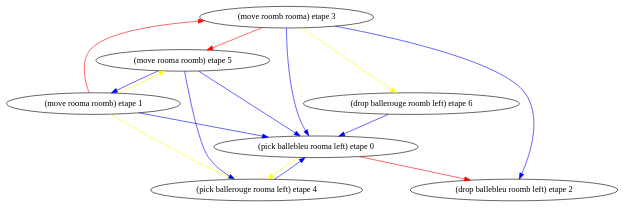
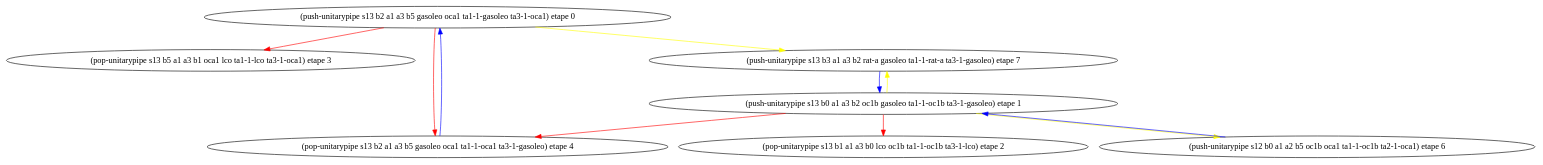
Before and after one commit to plaans/aries: the diagram in graphiquemenace2.dot, drawn with Graphviz. The commit also changed 15 other files, not shown here.

```diff
--- a/graphiquemenace2.dot
+++ b/graphiquemenace2.dot
@@ -1,32 +1,22 @@
 digraph D { 
 edge [color=red];
-"(pick ballebleu rooma left) etape 0" -> "(drop ballebleu roomb left) etape 2";
+"(push-unitarypipe s13 b2 a1 a3 b5 gasoleo oca1 ta1-1-gasoleo ta3-1-oca1) etape 0" -> "(pop-unitarypipe s13 b5 a1 a3 b1 oca1 lco ta1-1-lco ta3-1-oca1) etape 3";
+edge [color=red];
+"(push-unitarypipe s13 b2 a1 a3 b5 gasoleo oca1 ta1-1-gasoleo ta3-1-oca1) etape 0" -> "(pop-unitarypipe s13 b2 a1 a3 b5 gasoleo oca1 ta1-1-oca1 ta3-1-gasoleo) etape 4";
 edge [color=yellow];
-"(pick ballebleu rooma left) etape 0" -> "(pick ballerouge rooma left) etape 4";
+"(push-unitarypipe s13 b2 a1 a3 b5 gasoleo oca1 ta1-1-gasoleo ta3-1-oca1) etape 0" -> "(push-unitarypipe s13 b3 a1 a3 b2 rat-a gasoleo ta1-1-rat-a ta3-1-gasoleo) etape 7";
+edge [color=red];
+"(push-unitarypipe s13 b0 a1 a3 b2 oc1b gasoleo ta1-1-oc1b ta3-1-gasoleo) etape 1" -> "(pop-unitarypipe s13 b1 a1 a3 b0 lco oc1b ta1-1-oc1b ta3-1-lco) etape 2";
+edge [color=red];
+"(push-unitarypipe s13 b0 a1 a3 b2 oc1b gasoleo ta1-1-oc1b ta3-1-gasoleo) etape 1" -> "(pop-unitarypipe s13 b2 a1 a3 b5 gasoleo oca1 ta1-1-oca1 ta3-1-gasoleo) etape 4";
+edge [color=yellow];
+"(push-unitarypipe s13 b0 a1 a3 b2 oc1b gasoleo ta1-1-oc1b ta3-1-gasoleo) etape 1" -> "(push-unitarypipe s12 b0 a1 a2 b5 oc1b oca1 ta1-1-oc1b ta2-1-oca1) etape 6";
+edge [color=yellow];
+"(push-unitarypipe s13 b0 a1 a3 b2 oc1b gasoleo ta1-1-oc1b ta3-1-gasoleo) etape 1" -> "(push-unitarypipe s13 b3 a1 a3 b2 rat-a gasoleo ta1-1-rat-a ta3-1-gasoleo) etape 7";
 edge [color=blue];
-"(move rooma roomb) etape 1" -> "(pick ballebleu rooma left) etape 0";
-edge [color=red];
-"(move rooma roomb) etape 1" -> "(move roomb rooma) etape 3";
-edge [color=yellow];
-"(move rooma roomb) etape 1" -> "(pick ballerouge rooma left) etape 4";
-edge [color=yellow];
-"(move rooma roomb) etape 1" -> "(move rooma roomb) etape 5";
+"(pop-unitarypipe s13 b2 a1 a3 b5 gasoleo oca1 ta1-1-oca1 ta3-1-gasoleo) etape 4" -> "(push-unitarypipe s13 b2 a1 a3 b5 gasoleo oca1 ta1-1-gasoleo ta3-1-oca1) etape 0";
 edge [color=blue];
-"(move roomb rooma) etape 3" -> "(pick ballebleu rooma left) etape 0";
+"(push-unitarypipe s12 b0 a1 a2 b5 oc1b oca1 ta1-1-oc1b ta2-1-oca1) etape 6" -> "(push-unitarypipe s13 b0 a1 a3 b2 oc1b gasoleo ta1-1-oc1b ta3-1-gasoleo) etape 1";
 edge [color=blue];
-"(move roomb rooma) etape 3" -> "(drop ballebleu roomb left) etape 2";
-edge [color=red];
-"(move roomb rooma) etape 3" -> "(move rooma roomb) etape 5";
-edge [color=yellow];
-"(move roomb rooma) etape 3" -> "(drop ballerouge roomb left) etape 6";
-edge [color=blue];
-"(pick ballerouge rooma left) etape 4" -> "(pick ballebleu rooma left) etape 0";
-edge [color=blue];
-"(move rooma roomb) etape 5" -> "(pick ballebleu rooma left) etape 0";
-edge [color=blue];
-"(move rooma roomb) etape 5" -> "(move rooma roomb) etape 1";
-edge [color=blue];
-"(move rooma roomb) etape 5" -> "(pick ballerouge rooma left) etape 4";
-edge [color=blue];
-"(drop ballerouge roomb left) etape 6" -> "(pick ballebleu rooma left) etape 0";
+"(push-unitarypipe s13 b3 a1 a3 b2 rat-a gasoleo ta1-1-rat-a ta3-1-gasoleo) etape 7" -> "(push-unitarypipe s13 b0 a1 a3 b2 oc1b gasoleo ta1-1-oc1b ta3-1-gasoleo) etape 1";
 } 
```
